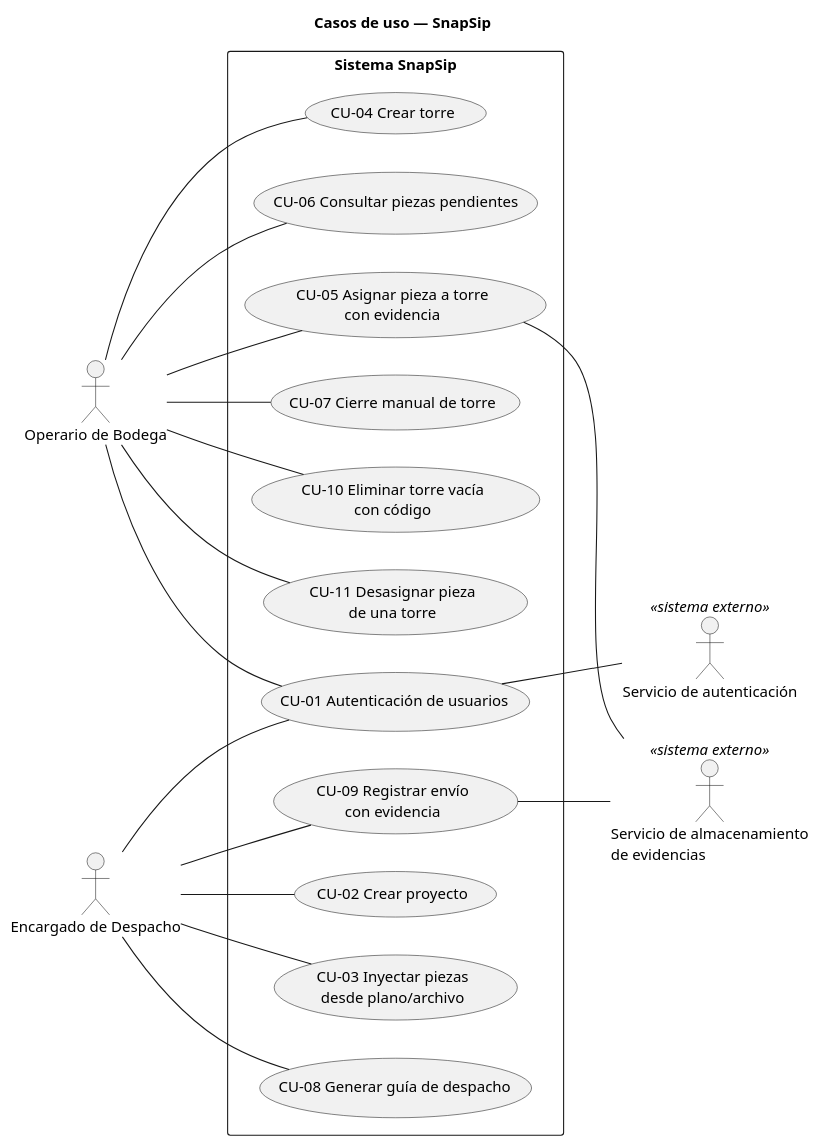
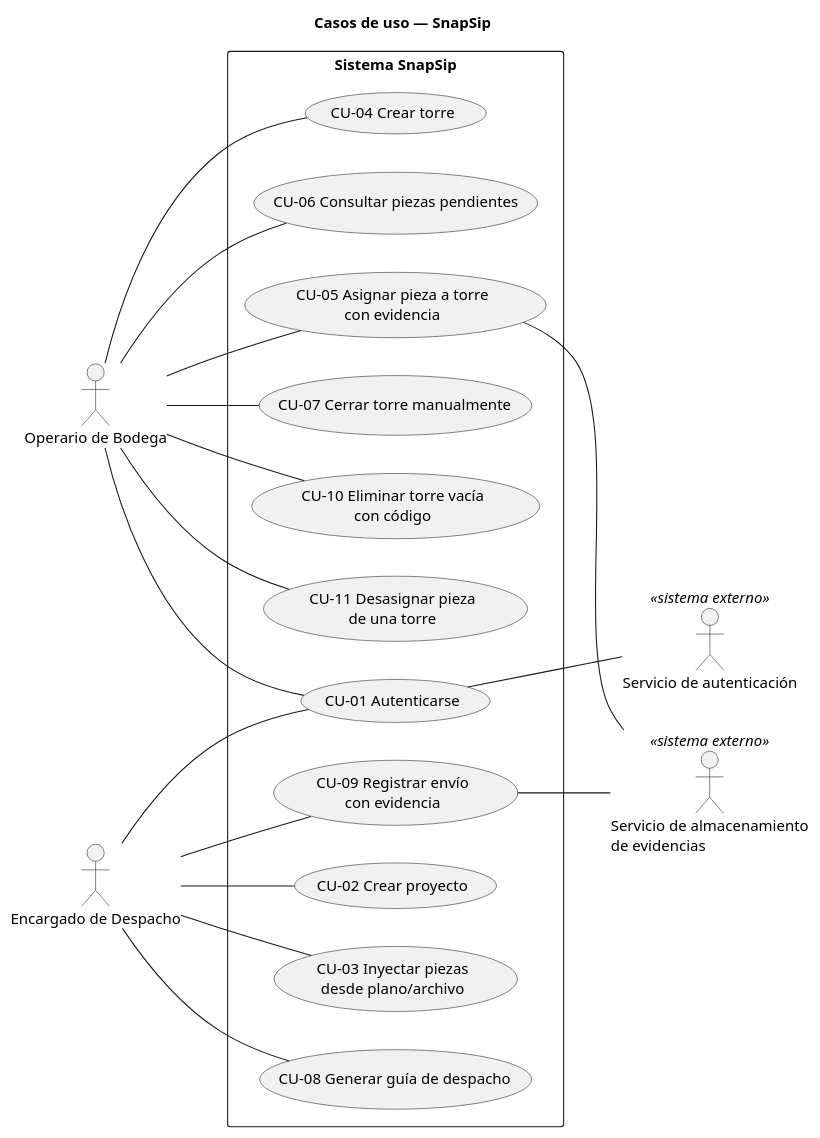
Before and after one commit to Foyzen-Kaze/snapsip: the diagram in diagramas/casos-de-uso.puml, drawn with PlantUML.

```diff
--- a/diagramas/casos-de-uso.puml
+++ b/diagramas/casos-de-uso.puml
@@ -1,42 +1,42 @@
 @startuml casos-de-uso
 left to right direction
 skinparam shadowing false
 title Casos de uso — SnapSip
 
 actor "Operario de Bodega" as OB
 actor "Encargado de Despacho" as ED
 actor "Servicio de autenticación" as SA <<sistema externo>>
 actor "Servicio de almacenamiento\nde evidencias" as SAE <<sistema externo>>
 
 rectangle "Sistema SnapSip" {
-  usecase "CU-01 Autenticación de usuarios" as CU01
+  usecase "CU-01 Autenticarse" as CU01
   usecase "CU-02 Crear proyecto" as CU02
   usecase "CU-03 Inyectar piezas\ndesde plano/archivo" as CU03
   usecase "CU-04 Crear torre" as CU04
   usecase "CU-05 Asignar pieza a torre\ncon evidencia" as CU05
   usecase "CU-06 Consultar piezas pendientes" as CU06
-  usecase "CU-07 Cierre manual de torre" as CU07
+  usecase "CU-07 Cerrar torre manualmente" as CU07
   usecase "CU-08 Generar guía de despacho" as CU08
   usecase "CU-09 Registrar envío\ncon evidencia" as CU09
   usecase "CU-10 Eliminar torre vacía\ncon código" as CU10
   usecase "CU-11 Desasignar pieza\nde una torre" as CU11
 }
 
 OB -- CU01
 OB -- CU04
 OB -- CU05
 OB -- CU06
 OB -- CU07
 OB -- CU10
 OB -- CU11
 
 ED -- CU01
 ED -- CU02
 ED -- CU03
 ED -- CU08
 ED -- CU09
 
 CU01 -- SA
 CU05 -- SAE
 CU09 -- SAE
 @enduml
```
